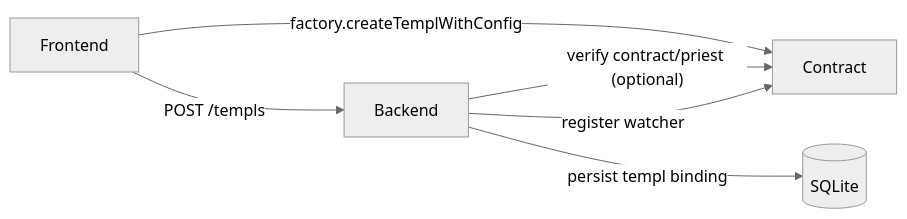
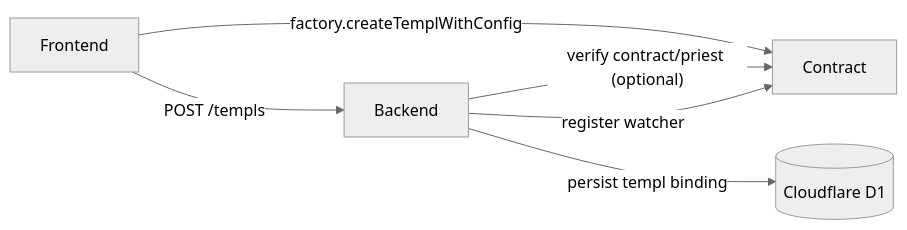
Before and after one commit to templ-fun/templ-evm-protocol: the first of 11 diagrams in docs/CORE_FLOW_DOCS.MD, drawn with Mermaid (neutral theme). The commit also changed other lines of this file and 24 other files, not shown here.

````diff
--- a/docs/CORE_FLOW_DOCS.MD
+++ b/docs/CORE_FLOW_DOCS.MD
@@ -16,12 +16,12 @@
 ```mermaid
 flowchart LR
     F[Frontend];
     B[Backend];
     C[Contract];
-    D[(SQLite)];
+    D[(Cloudflare D1)];
     F -->|"factory.createTemplWithConfig"| C;
     F -->|"POST /templs"| B;
     B -->|"verify contract/priest (optional)"| C;
     B -->|"persist templ binding"| D;
     B -->|"register watcher"| C;
 ```
````
